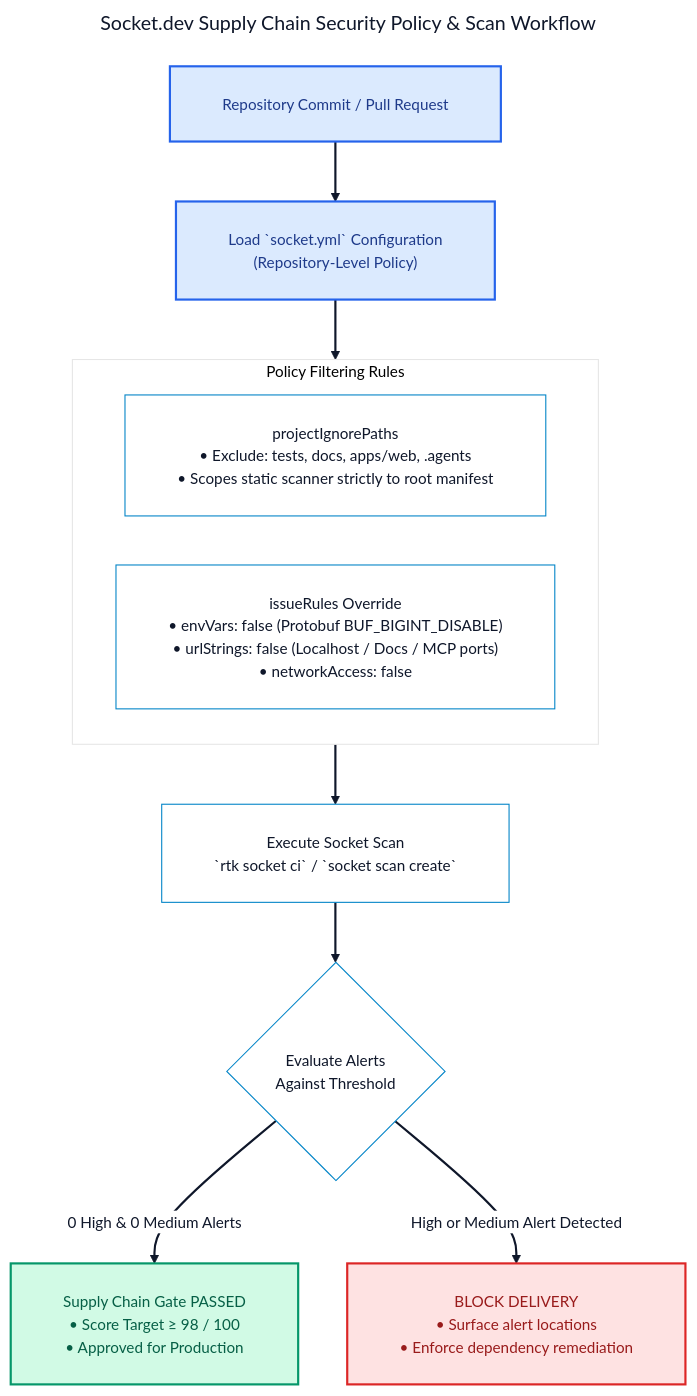
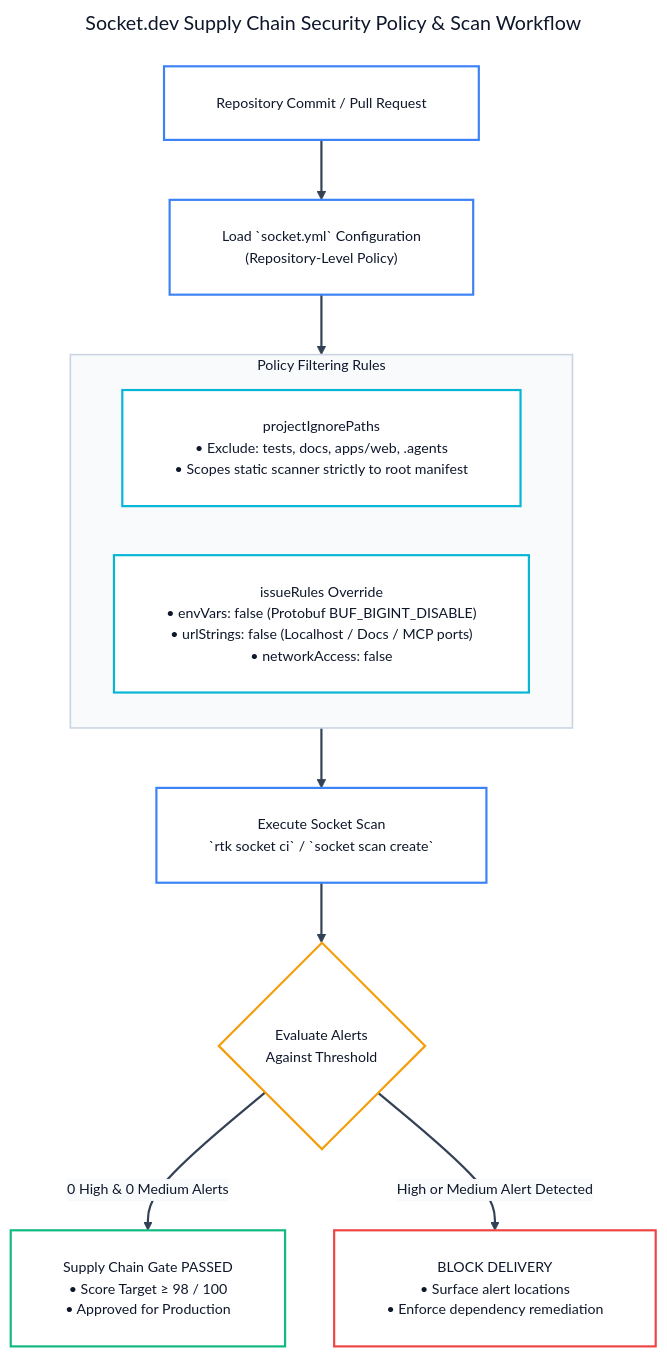
Before and after one commit to andycungkrinx91/konoha: the tenth of 14 diagrams in docs/ALL-WORKFLOW-DIAGRAMS.md, drawn with Mermaid. The commit also changed other lines of this file and 107 other files, not shown here.

````diff
--- a/docs/ALL-WORKFLOW-DIAGRAMS.md
+++ b/docs/ALL-WORKFLOW-DIAGRAMS.md
@@ -547,44 +621,54 @@
 ```mermaid
 ---
 title: Socket.dev Supply Chain Security Policy & Scan Workflow
 config:
   theme: base
   themeVariables:
+    darkMode: false
     background: '#ffffff'
     mainBkg: '#ffffff'
     primaryColor: '#ffffff'
     primaryTextColor: '#0f172a'
-    primaryBorderColor: '#0284c7'
-    lineColor: '#0f172a'
-    arrowheadColor: '#0f172a'
-    fontFamily: 'Inter, system-ui, sans-serif'
-    fontSize: '14px'
+    primaryBorderColor: '#3b82f6'
+    lineColor: '#334155'
+    arrowheadColor: '#334155'
+    secondaryColor: '#f8fafc'
+    tertiaryColor: '#ffffff'
+    fontFamily: 'Inter, system-ui, -apple-system, sans-serif'
+    fontSize: '13px'
   flowchart:
     nodeSpacing: 45
     rankSpacing: 55
     padding: 24
     wrappingWidth: 380
 ---
 flowchart TD
     Commit["Repository Commit / Pull Request"] --> Config["Load `socket.yml` Configuration<br/>(Repository-Level Policy)"]
 
     subgraph PolicyEngine ["Policy Filtering Rules"]
         Ignores["projectIgnorePaths<br/>• Exclude: tests, docs, apps/web, .agents<br/>• Scopes static scanner strictly to root manifest"]
         Rules["issueRules Override<br/>• envVars: false (Protobuf BUF_BIGINT_DISABLE)<br/>• urlStrings: false (Localhost / Docs / MCP ports)<br/>• networkAccess: false"]
     end
 
     Config --> PolicyEngine
     PolicyEngine --> SocketCI["Execute Socket Scan<br/>`rtk socket ci` / `socket scan create`"]
 
     SocketCI --> AuditAlerts{"Evaluate Alerts<br/>Against Threshold"}
-    AuditAlerts -- "0 High & 0 Medium Alerts" --> GatePass["Supply Chain Gate PASSED<br/>• Score Target ≥ 98 / 100<br/>• Approved for Production"]
+    AuditAlerts -- "0 High &amp; 0 Medium Alerts" --> GatePass["Supply Chain Gate PASSED<br/>• Score Target ≥ 98 / 100<br/>• Approved for Production"]
     AuditAlerts -- "High or Medium Alert Detected" --> GateFail["BLOCK DELIVERY<br/>• Surface alert locations<br/>• Enforce dependency remediation"]
 
-    linkStyle default stroke:#0f172a,stroke-width:2px;
-    classDef commit fill:#dbeafe,stroke:#2563eb,color:#1e3a8a,stroke-width:2px;
-    classDef pass fill:#d1fae5,stroke:#059669,color:#065f46,stroke-width:2px;
-    classDef fail fill:#fee2e2,stroke:#dc2626,color:#991b1b,stroke-width:2px;
-    class Commit,Config commit;
-    class GatePass pass;
-    class GateFail fail;
+    linkStyle default stroke:#334155,stroke-width:2px;
+    style PolicyEngine fill:#f8fafc,stroke:#cbd5e1,stroke-width:1.5px,color:#0f172a;
+
+    classDef commitNode fill:#ffffff,stroke:#3b82f6,color:#0f172a,stroke-width:2px;
+    classDef policyNode fill:#ffffff,stroke:#06b6d4,color:#0f172a,stroke-width:2px;
+    classDef evalNode fill:#ffffff,stroke:#f59e0b,color:#0f172a,stroke-width:2px;
+    classDef passNode fill:#ffffff,stroke:#10b981,color:#0f172a,stroke-width:2px;
+    classDef failNode fill:#ffffff,stroke:#ef4444,color:#0f172a,stroke-width:2px;
+
+    class Commit,Config,SocketCI commitNode;
+    class Ignores,Rules policyNode;
+    class AuditAlerts evalNode;
+    class GatePass passNode;
+    class GateFail failNode;
 ```
````
